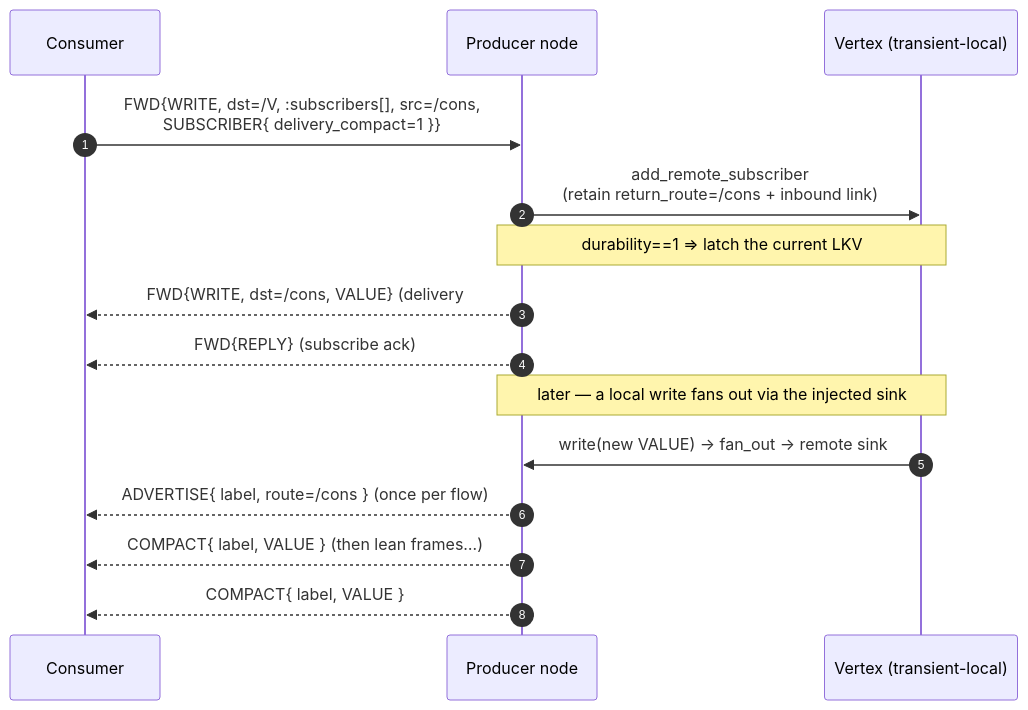
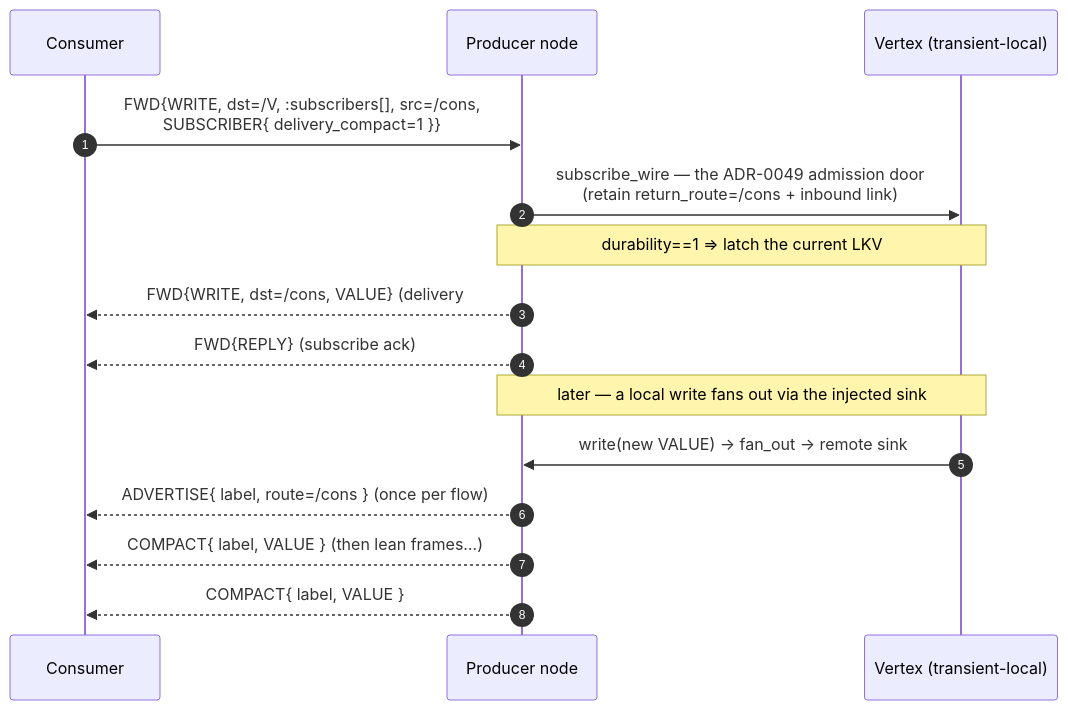
The second of 7 diagrams in docs/reference/05-protocol-tlvs.md (avatarsd-llc/libtracer), drawn with Mermaid before and after one commit. The commit also changed 7 other files, not shown here.

````diff
--- a/docs/reference/05-protocol-tlvs.md
+++ b/docs/reference/05-protocol-tlvs.md
@@ -203,17 +203,17 @@
 ```{mermaid}
 sequenceDiagram
     autonumber
     participant Cons as Consumer
     participant Prod as Producer node
     participant V as Vertex (transient-local)
     Cons->>Prod: FWD{WRITE, dst=/V, :subscribers[], src=/cons,<br/>SUBSCRIBER{ delivery_compact=1 }}
-    Prod->>V: add_remote_subscriber<br/>(retain return_route=/cons + inbound link)
+    Prod->>V: subscribe_wire — the ADR-0049 admission door<br/>(retain return_route=/cons + inbound link)
     Note over Prod,V: durability==1 ⇒ latch the current LKV
     Prod-->>Cons: FWD{WRITE, dst=/cons, VALUE}  (delivery #1 — the latch)
     Prod-->>Cons: FWD{REPLY} (subscribe ack)
     Note over V,Prod: later — a local write fans out via the injected sink
     V->>Prod: write(new VALUE) → fan_out → remote sink
     Prod-->>Cons: ADVERTISE{ label, route=/cons }  (once per flow)
     Prod-->>Cons: COMPACT{ label, VALUE }          (then lean frames…)
     Prod-->>Cons: COMPACT{ label, VALUE }
 ```
````
